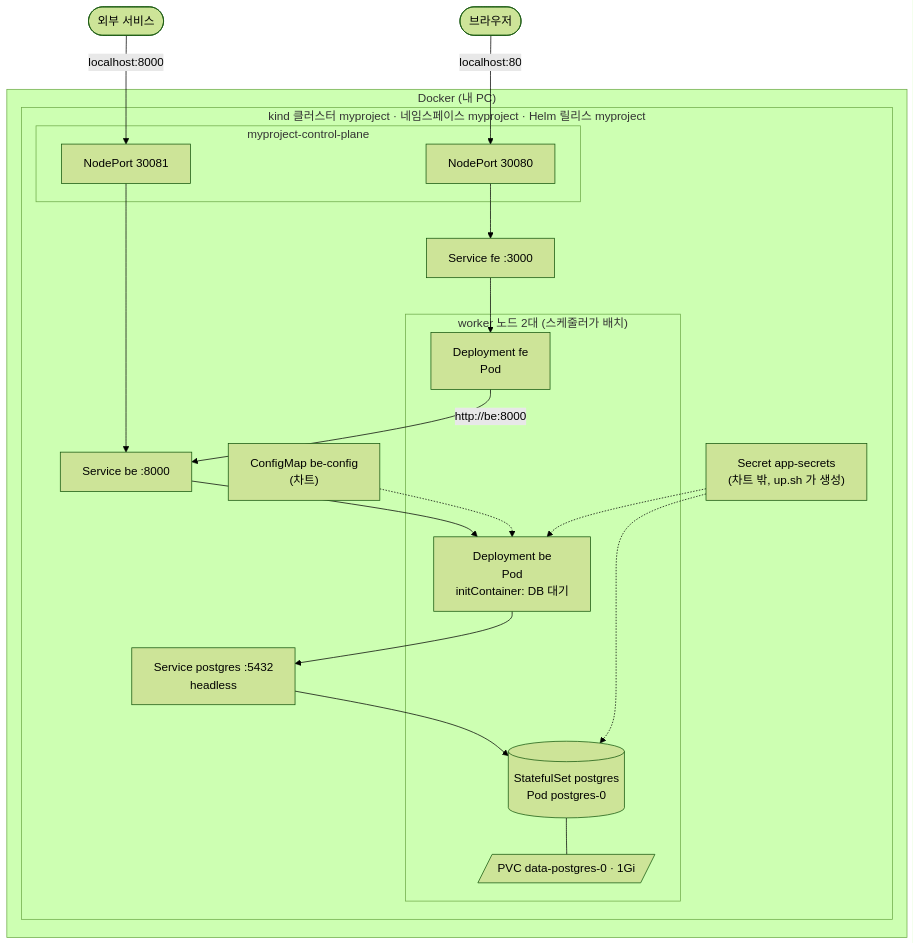
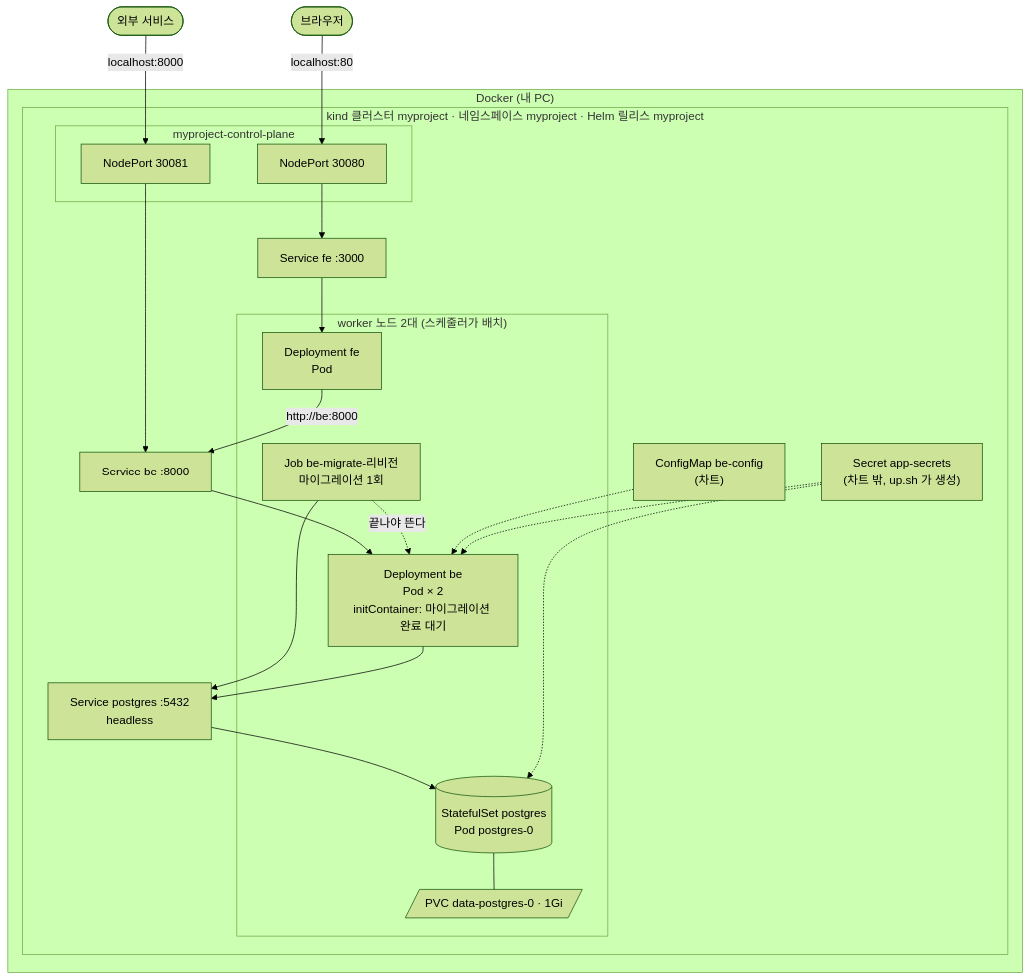
The fourth of 6 diagrams in docs/ARCHITECTURE.md (akdrhtn123/MyProject), drawn with Mermaid (forest theme) before and after one commit. The commit also changed other lines of this file and 7 other files, not shown here.

````diff
--- a/docs/ARCHITECTURE.md
+++ b/docs/ARCHITECTURE.md
@@ -144,36 +144,39 @@
 ```mermaid
 flowchart TB
     user([브라우저]) -->|localhost:80| np1
     ext([외부 서비스]) -->|localhost:8000| np2
 
     subgraph docker["Docker (내 PC)"]
         subgraph cluster["kind 클러스터 myproject · 네임스페이스 myproject · Helm 릴리스 myproject"]
             subgraph cp["myproject-control-plane"]
                 np1["NodePort 30080"]
                 np2["NodePort 30081"]
             end
 
             svcfe["Service fe :3000"]
             svcbe["Service be :8000"]
             svcpg["Service postgres :5432<br/>headless"]
 
             subgraph workers["worker 노드 2대 (스케줄러가 배치)"]
                 fe["Deployment fe<br/>Pod"]
-                be["Deployment be<br/>Pod<br/>initContainer: DB 대기"]
+                job["Job be-migrate-리비전<br/>마이그레이션 1회"]
+                be["Deployment be<br/>Pod × 2<br/>initContainer: 마이그레이션 완료 대기"]
                 pg[("StatefulSet postgres<br/>Pod postgres-0")]
                 pvc[/"PVC data-postgres-0 · 1Gi"/]
             end
 
             cm["ConfigMap be-config<br/>(차트)"]
             sec["Secret app-secrets<br/>(차트 밖, up.sh 가 생성)"]
         end
     end
 
     np1 --> svcfe --> fe
     np2 --> svcbe --> be
     fe -->|"http://be:8000"| svcbe
+    job --> svcpg
     be --> svcpg --> pg
+    job -.->|"끝나야 뜬다"| be
     pg --- pvc
     cm -.-> be
     sec -.-> be & pg
 ```
````
